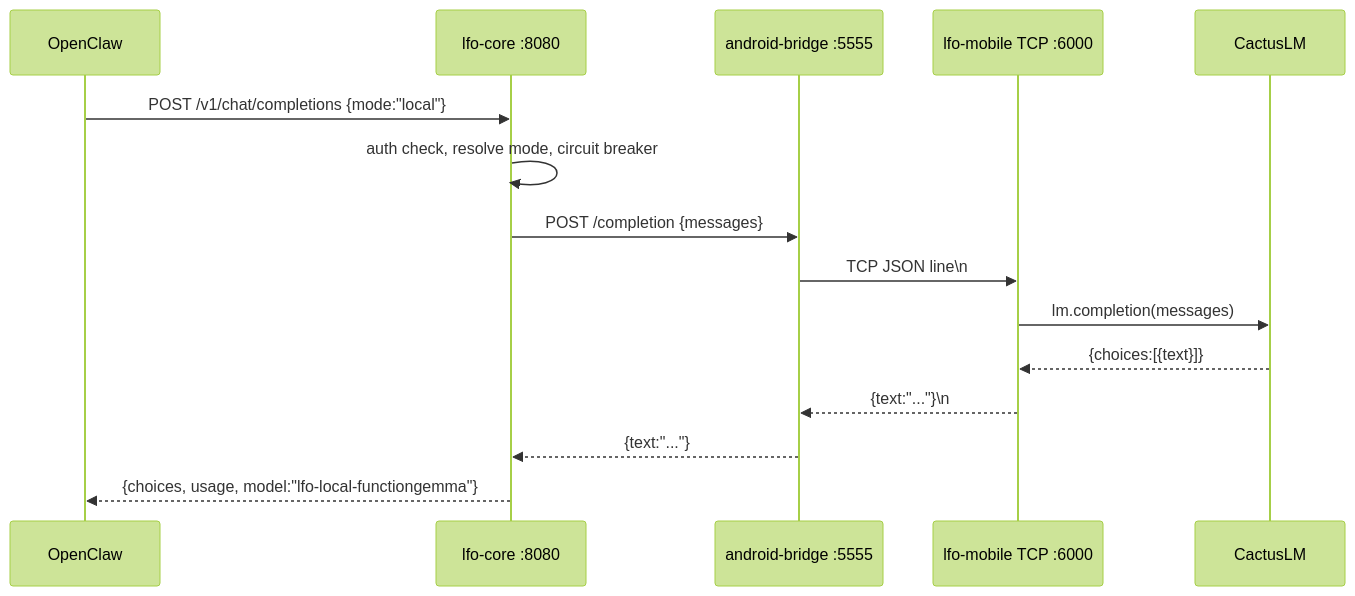
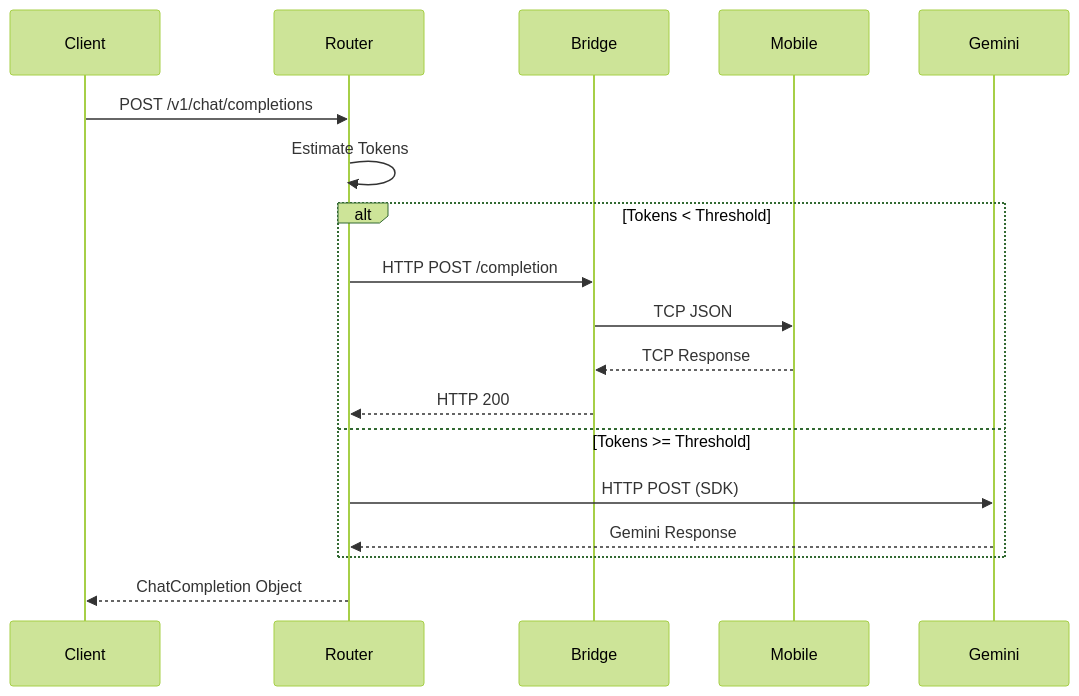
The second of 2 diagrams in ARCHITECTURE.md (MasteraSnackin/LFO), drawn with Mermaid (forest theme) before and after one commit. The commit also changed other lines of this file, not shown here.

First line of the commit message:
docs: update ARCHITECTURE.md with full system architecture

````diff
--- a/ARCHITECTURE.md
+++ b/ARCHITECTURE.md
@@ -171,18 +56,15 @@
 ```mermaid
 sequenceDiagram
-    participant OC as OpenClaw
-    participant LFO as lfo-core :8080
-    participant BR as android-bridge :5555
-    participant AN as lfo-mobile TCP :6000
-    participant CX as CactusLM
-
-    OC->>LFO: POST /v1/chat/completions {mode:"local"}
-    LFO->>LFO: auth check, resolve mode, circuit breaker
-    LFO->>BR: POST /completion {messages}
-    BR->>AN: TCP JSON line\n
-    AN->>CX: lm.completion(messages)
-    CX-->>AN: {choices:[{text}]}
-    AN-->>BR: {text:"..."}\n
-    BR-->>LFO: {text:"..."}
-    LFO-->>OC: {choices, usage, model:"lfo-local-functiongemma"}
+    Client->>Router: POST /v1/chat/completions
+    Router->>Router: Estimate Tokens
+    alt Tokens < Threshold
+        Router->>Bridge: HTTP POST /completion
+        Bridge->>Mobile: TCP JSON
+        Mobile-->>Bridge: TCP Response
+        Bridge-->>Router: HTTP 200
+    else Tokens >= Threshold
+        Router->>Gemini: HTTP POST (SDK)
+        Gemini-->>Router: Gemini Response
+    end
+    Router-->>Client: ChatCompletion Object
 ```
````
